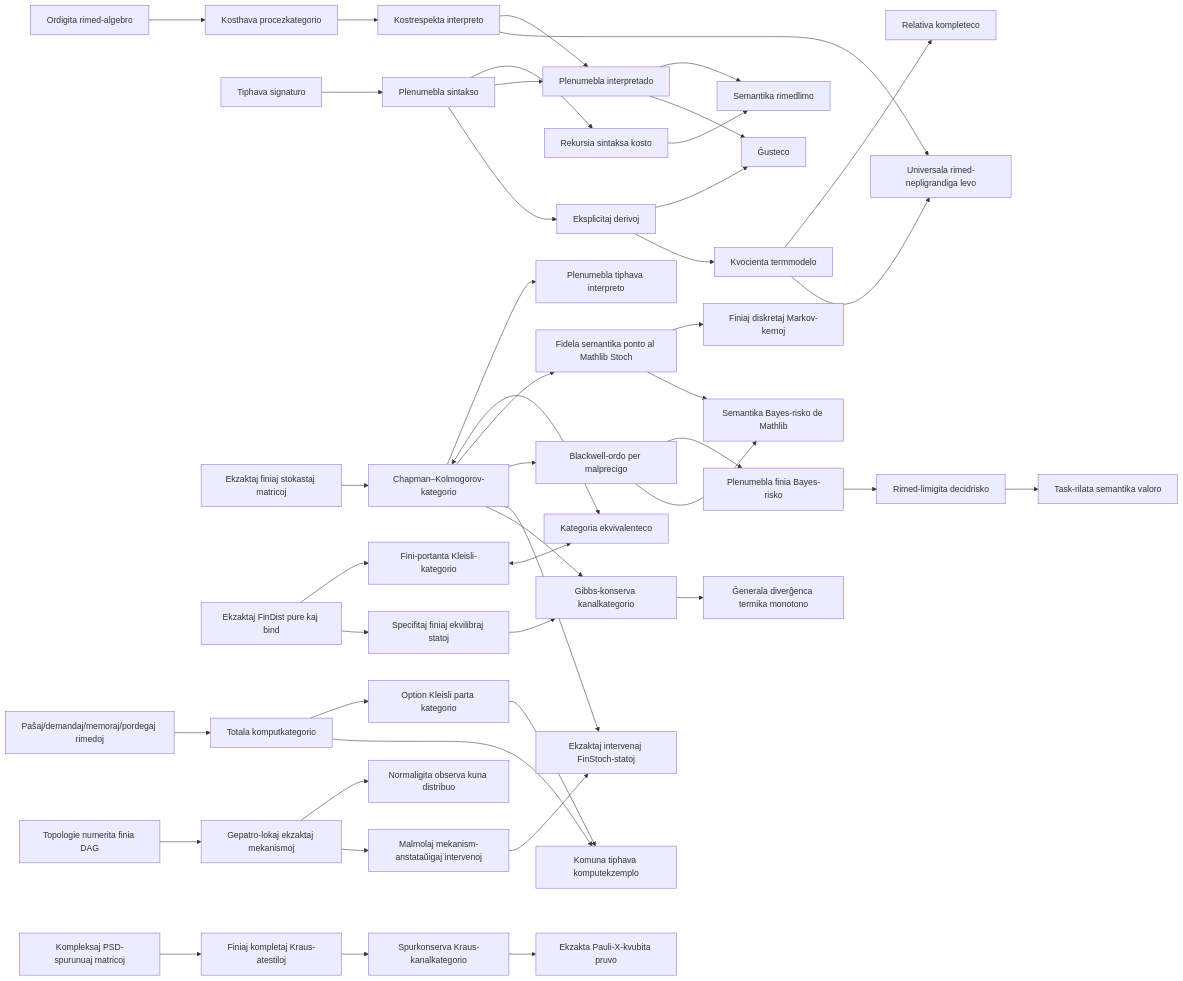
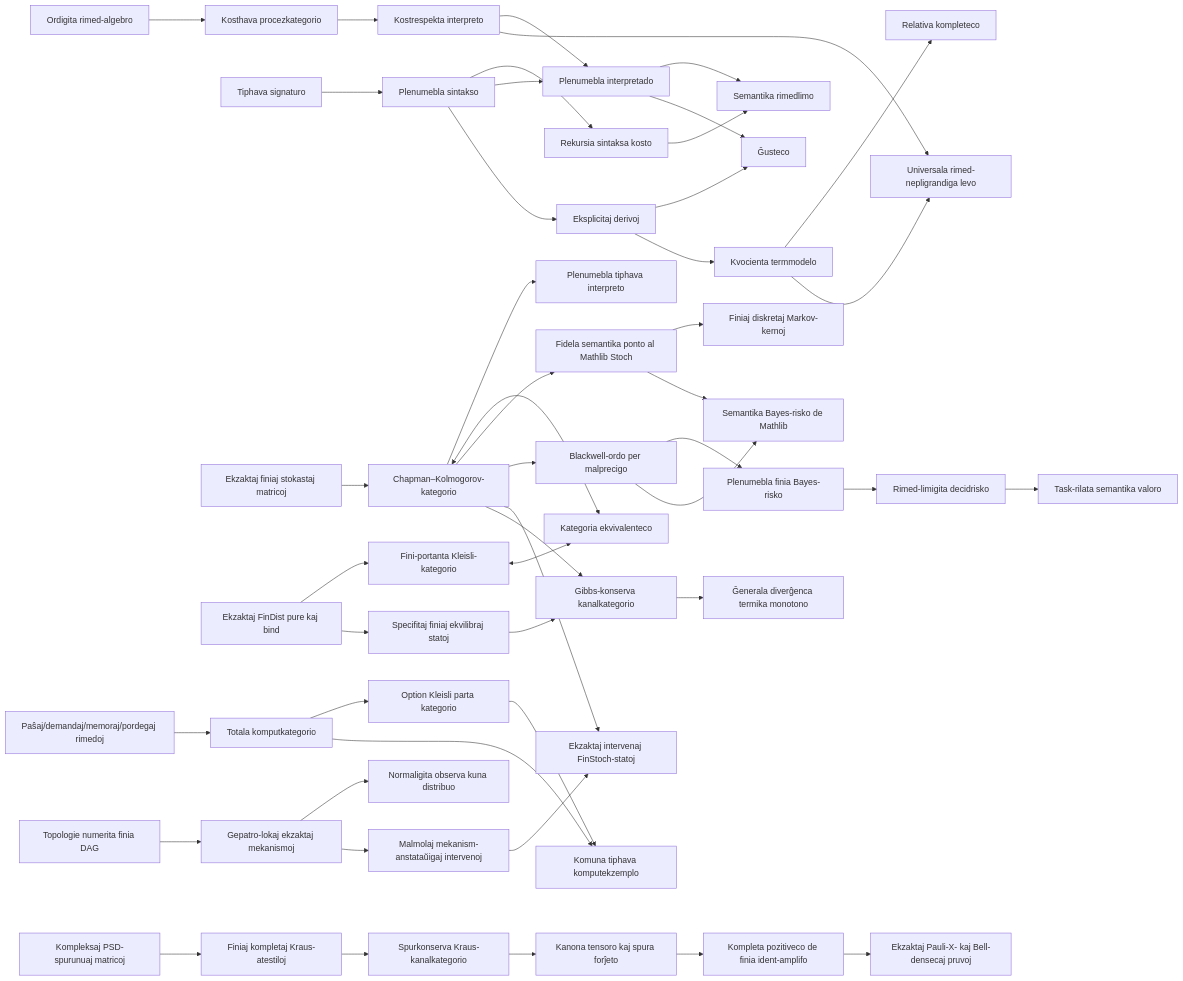
The diagram in docs/README.eo.md (miuchan/ript), drawn with Mermaid before and after one commit. The commit also changed other lines of this file and 11 other files, not shown here.

````diff
--- a/docs/README.eo.md
+++ b/docs/README.eo.md
@@ -534,47 +556,49 @@
 ```mermaid
 flowchart LR
   R["Ordigita rimed-algebro"] --> C["Kosthava procezkategorio"]
   S["Tiphava signaturo"] --> X["Plenumebla sintakso"]
   X --> K["Rekursia sintaksa kosto"]
   C --> I["Kostrespekta interpreto"]
   X --> E["Plenumebla interpretado"]
   I --> E
   K --> B["Semantika rimedlimo"]
   E --> B
   X --> D["Eksplicitaj derivoj"]
   D --> SO["Ĝusteco"]
   E --> SO
   D --> T["Kvocienta termmodelo"]
   T --> CO["Relativa kompleteco"]
   I --> U["Universala rimed-nepligrandiga levo"]
   T --> U
   F["Ekzaktaj finiaj stokastaj matricoj"] --> CK["Chapman–Kolmogorov-kategorio"]
   CK --> EX["Plenumebla tiphava interpreto"]
   FD["Ekzaktaj FinDist pure kaj bind"] --> KL["Fini-portanta Kleisli-kategorio"]
   CK <--> EQ["Kategoria ekvivalenteco"]
   KL <--> EQ
   CK --> ST["Fidela semantika ponto al Mathlib Stoch"]
   ST --> MT["Finiaj diskretaj Markov-kernoj"]
   CK --> BW["Blackwell-ordo per malprecigo"]
   ST --> SB["Semantika Bayes-risko de Mathlib"]
   BW --> FR["Plenumebla finia Bayes-risko"]
   FR --> RR["Rimed-limigita decidrisko"]
   RR --> SV["Task-rilata semantika valoro"]
   BW --> SB
   CR["Paŝaj/demandaj/memoraj/pordegaj rimedoj"] --> TC["Totala komputkategorio"]
   TC --> PC["Option Kleisli parta kategorio"]
   TC --> CE["Komuna tiphava komputekzemplo"]
   PC --> CE
   DAG["Topologie numerita finia DAG"] --> CM["Gepatro-lokaj ekzaktaj mekanismoj"]
   CM --> OJ["Normaligita observa kuna distribuo"]
   CM --> DO["Malmolaj mekanism-anstataŭigaj intervenoj"]
   DO --> IS["Ekzaktaj intervenaj FinStoch-statoj"]
   CK --> IS
   FD --> TE["Specifitaj finiaj ekvilibraj statoj"]
   CK --> GP["Gibbs-konserva kanalkategorio"]
   TE --> GP
   GP --> TM["Ĝenerala diverĝenca termika monotono"]
   QB["Kompleksaj PSD-spurunuaj matricoj"] --> QK["Finiaj kompletaj Kraus-atestiloj"]
   QK --> QC["Spurkonserva Kraus-kanalkategorio"]
-  QC --> QX["Ekzakta Pauli-X-kvubita pruvo"]
+  QC --> QT["Kanona tensoro kaj spura forĵeto"]
+  QT --> QP["Kompleta pozitiveco de finia ident-amplifo"]
+  QP --> QX["Ekzaktaj Pauli-X- kaj Bell-densecaj pruvoj"]
 ```
````
